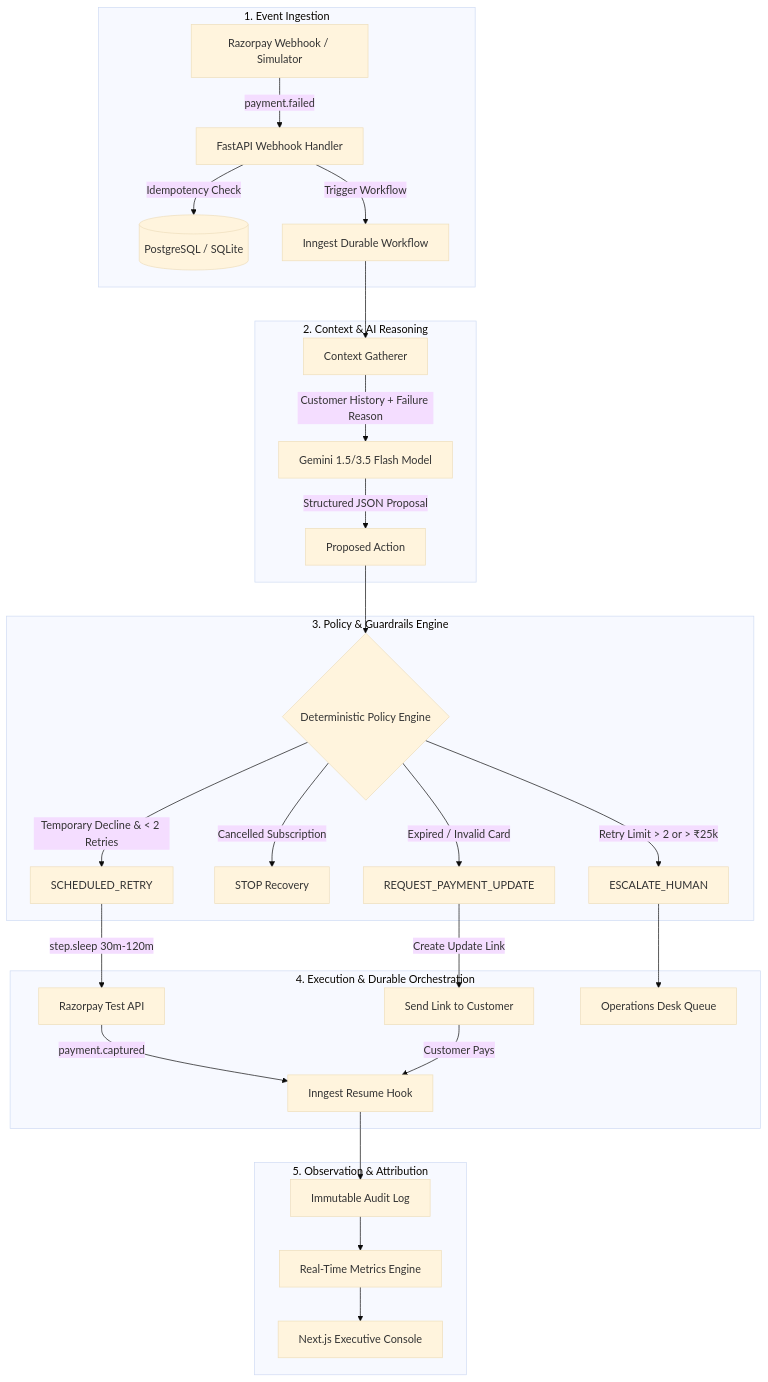
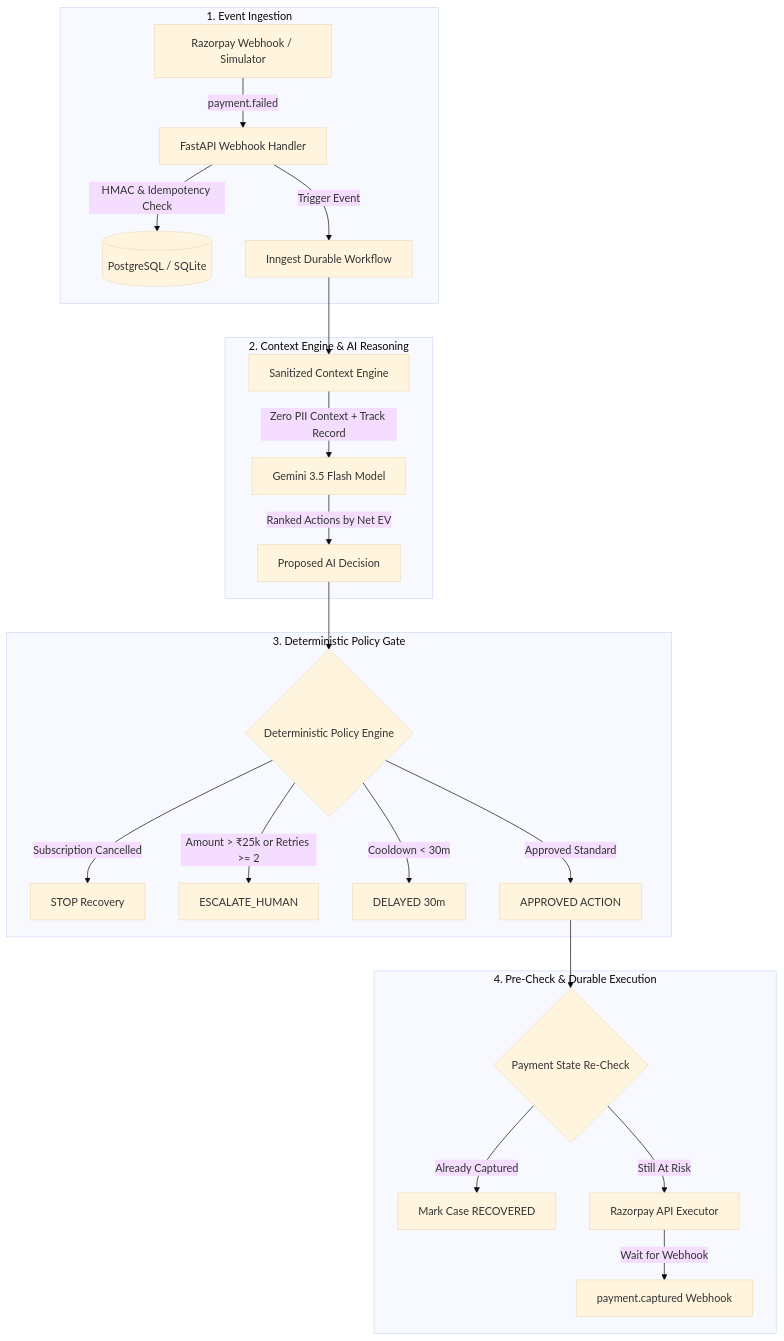
The diagram in README.md (TwilightDawn7/AI-Revenue-Recovery-Agent), drawn with Mermaid (base theme) before and after one commit. The commit also changed other lines of this file and 42 other files, not shown here.

Commit message:
feat: complete production enhancement plan with context engine, action framework, and policy studio

````diff
--- a/README.md
+++ b/README.md
@@ -35,36 +42,29 @@
 ```mermaid
 flowchart TD
     subgraph Ingestion ["1. Event Ingestion"]
         RZP[Razorpay Webhook / Simulator] -->|payment.failed| API[FastAPI Webhook Handler]
-        API -->|Idempotency Check| DB[(PostgreSQL / SQLite)]
-        API -->|Trigger Workflow| ING[Inngest Durable Workflow]
+        API -->|HMAC & Idempotency Check| DB[(PostgreSQL / SQLite)]
+        API -->|Trigger Event| ING[Inngest Durable Workflow]
     end
 
-    subgraph Intelligence ["2. Context & AI Reasoning"]
-        ING --> CTX[Context Gatherer]
-        CTX -->|Customer History + Failure Reason| AI[Gemini 1.5/3.5 Flash Model]
-        AI -->|Structured JSON Proposal| PROPOSAL[Proposed Action]
+    subgraph Intelligence ["2. Context Engine & AI Reasoning"]
+        ING --> CTX[Sanitized Context Engine]
+        CTX -->|Zero PII Context + Track Record| AI[Gemini 3.5 Flash Model]
+        AI -->|Ranked Actions by Net EV| PROPOSAL[Proposed AI Decision]
     end
 
-    subgraph Safety ["3. Policy & Guardrails Engine"]
+    subgraph Safety ["3. Deterministic Policy Gate"]
         PROPOSAL --> POL{Deterministic Policy Engine}
-        POL -->|Retry Limit > 2 or > ₹25k| ESC[ESCALATE_HUMAN]
-        POL -->|Cancelled Subscription| STOP[STOP Recovery]
-        POL -->|Temporary Decline & < 2 Retries| RETRY[SCHEDULED_RETRY]
-        POL -->|Expired / Invalid Card| LINK[REQUEST_PAYMENT_UPDATE]
+        POL -->|Subscription Cancelled| STOP[STOP Recovery]
+        POL -->|Amount > ₹25k or Retries >= 2| ESC[ESCALATE_HUMAN]
+        POL -->|Cooldown < 30m| DELAY[DELAYED 30m]
+        POL -->|Approved Standard| AUTH[APPROVED ACTION]
     end
 
-    subgraph Execution ["4. Execution & Durable Orchestration"]
-        RETRY -->|step.sleep 30m-120m| RZP_API[Razorpay Test API]
-        LINK -->|Create Update Link| SMS[Send Link to Customer]
-        ESC --> OPS[Operations Desk Queue]
-        RZP_API -->|payment.captured| RESUME[Inngest Resume Hook]
-        SMS -->|Customer Pays| RESUME
-    end
-
-    subgraph Attribution ["5. Observation & Attribution"]
-        RESUME --> AUDIT[Immutable Audit Log]
-        AUDIT --> METRICS[Real-Time Metrics Engine]
-        METRICS --> UI[Next.js Executive Console]
+    subgraph Execution ["4. Pre-Check & Durable Execution"]
+        AUTH --> PRE{Payment State Re-Check}
+        PRE -->|Already Captured| RESOLVE[Mark Case RECOVERED]
+        PRE -->|Still At Risk| RZP_API[Razorpay API Executor]
+        RZP_API -->|Wait for Webhook| CAPTURE[payment.captured Webhook]
     end
 ```
````
